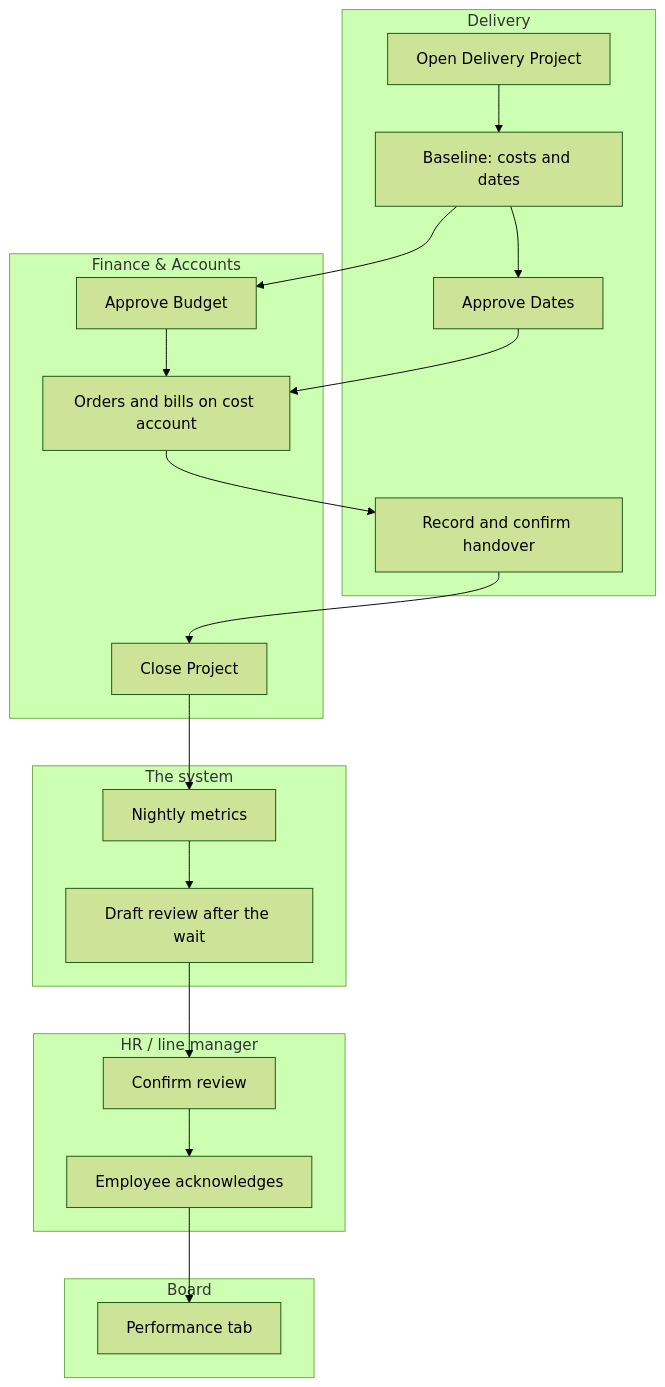
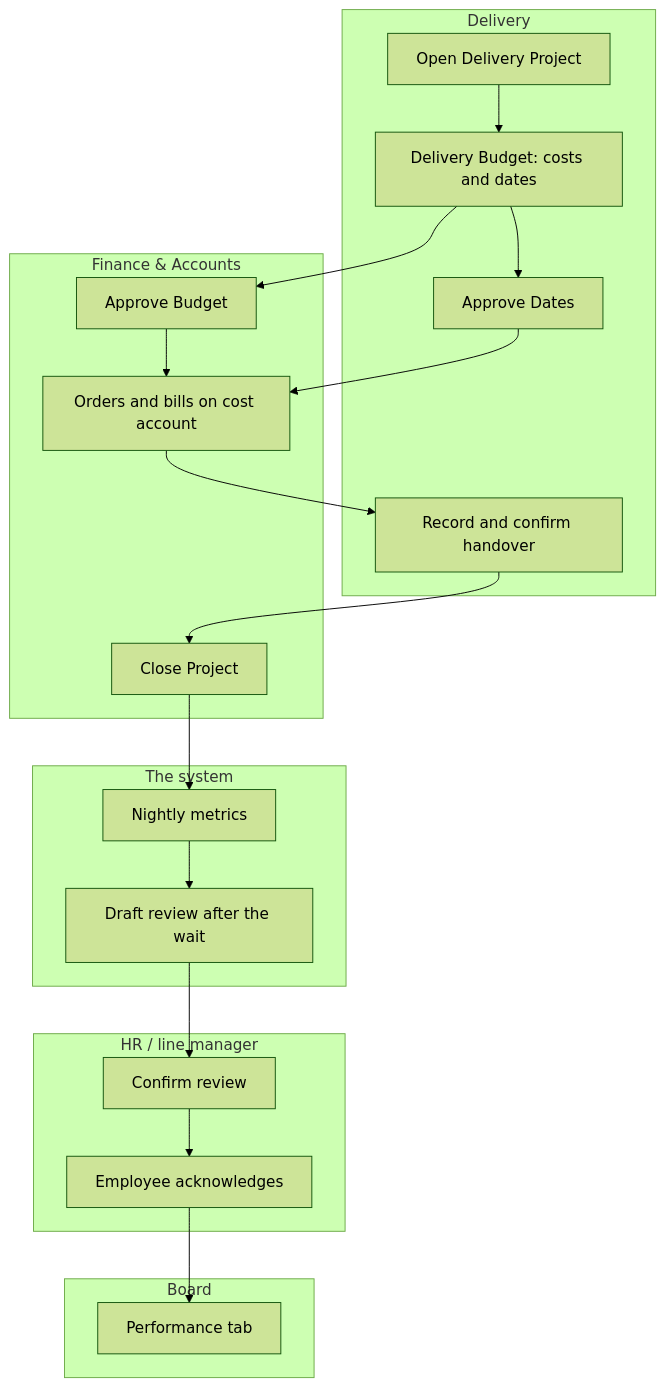
Before and after one commit to dennokorir/tritel_erp_training: the second of 2 diagrams in training-portal/src/content/docs/end-to-end/opportunity-to-accountability.mdx, drawn with Mermaid (forest theme). The commit also changed other lines of this file and 146 other files, not shown here.

First line of the commit message:
docs(training-portal): Project Delivery sync to tritel-addons 5d691a8 (Delivery Budgets, project codes, budget commitments)

````diff
--- a/training-portal/src/content/docs/end-to-end/opportunity-to-accountability.mdx
+++ b/training-portal/src/content/docs/end-to-end/opportunity-to-accountability.mdx
@@ -110,30 +113,30 @@
 ```mermaid
 flowchart TD
 %% docs-sync: shows crm_tender:group:group_manager, tritel_accountability_framework:cron:cron_recalculate_scores, tritel_accountability_framework:menu:menu_accountability_metrics, tritel_accountability_framework:view_ext:hr.view_employee_form:page:performance, tritel_project_delivery:cron:ir_cron_refresh_tracking, tritel_project_delivery:menu:menu_delivery_config, tritel_project_delivery:menu:menu_delivery_root, tritel_project_delivery:selection:project.project.delivery_baseline_state, tritel_project_delivery:selection:project.project.handover_state, tritel_project_delivery:view_ext:analytic.view_account_analytic_account_form:button:delivery-project, tritel_project_delivery:view_ext:project.edit_project:button:close-project, tritel_project_delivery:view_ext:project.edit_project:button:handover, tritel_project_delivery:view_ext:project.edit_project:page:delivery, tritel_project_delivery:view_ext:tritel_tender_tracker.view_tender_form:button:open-delivery-project, tritel_project_delivery:view_ext:tritel_tender_tracker.view_tender_form:field:delivery, tritel_project_delivery:wizard:delivery.cost.account.card, tritel_tender_tracker:wizard:tender.summary.wizard
   subgraph DEL["Delivery"]
     D1["Open Delivery Project"]
-    D2["Baseline: costs and dates"]
+    D2["Delivery Budget: costs and dates"]
     D3["Approve Dates"]
     D4["Record and confirm handover"]
   end
   subgraph FIN["Finance & Accounts"]
     F1["Approve Budget"]
     F2["Orders and bills on cost account"]
     F3["Close Project"]
   end
   subgraph SYS2["The system"]
     S1["Nightly metrics"]
     S2["Draft review after the wait"]
   end
   subgraph HRL["HR / line manager"]
     L1["Confirm review"]
     L2["Employee acknowledges"]
   end
   subgraph BRD["Board"]
     B1["Performance tab"]
   end
   D1 --> D2 --> D3 --> F2
   D2 --> F1 --> F2
   F2 --> D4 --> F3 --> S1
   S1 --> S2 --> L1 --> L2 --> B1
 ```
````
